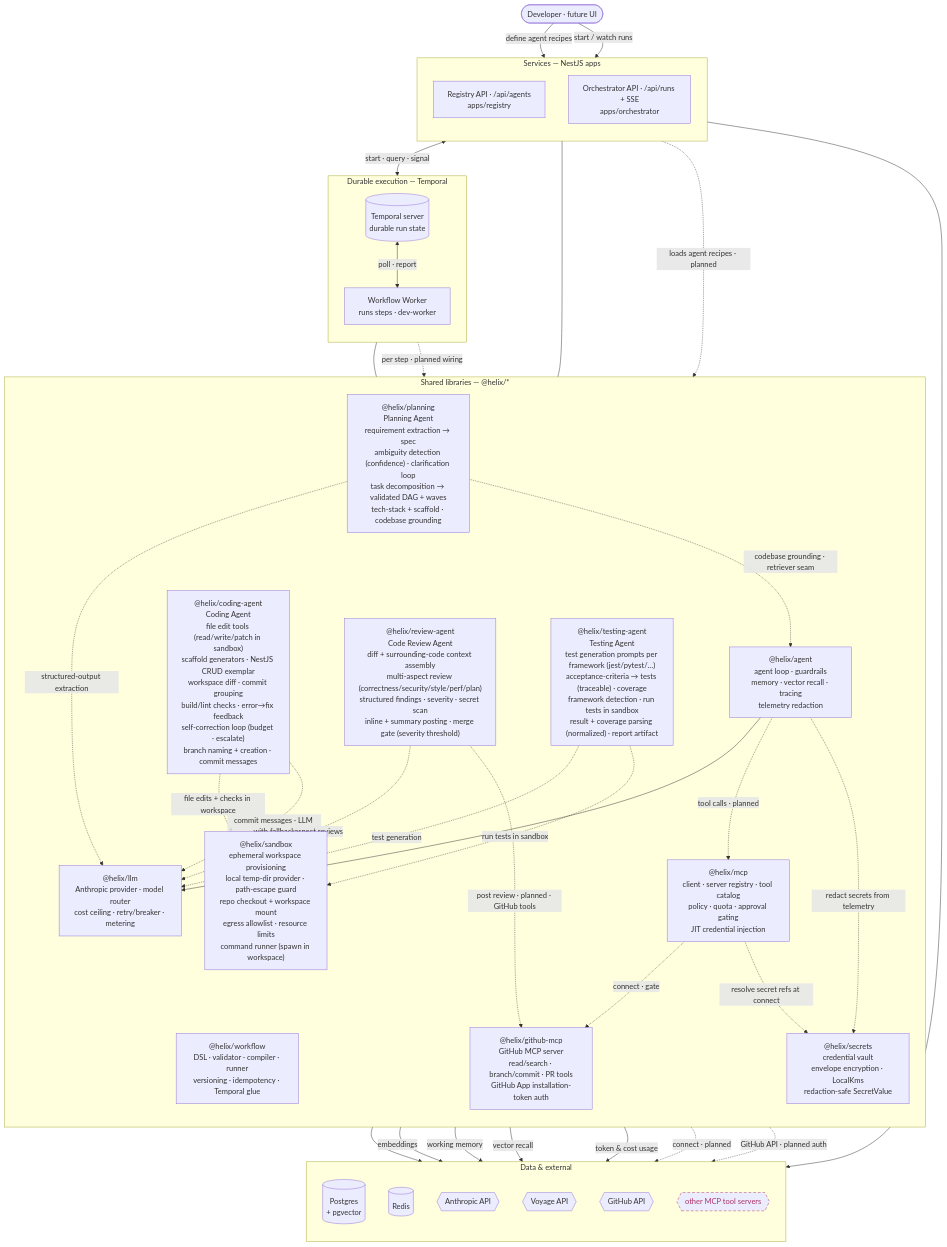
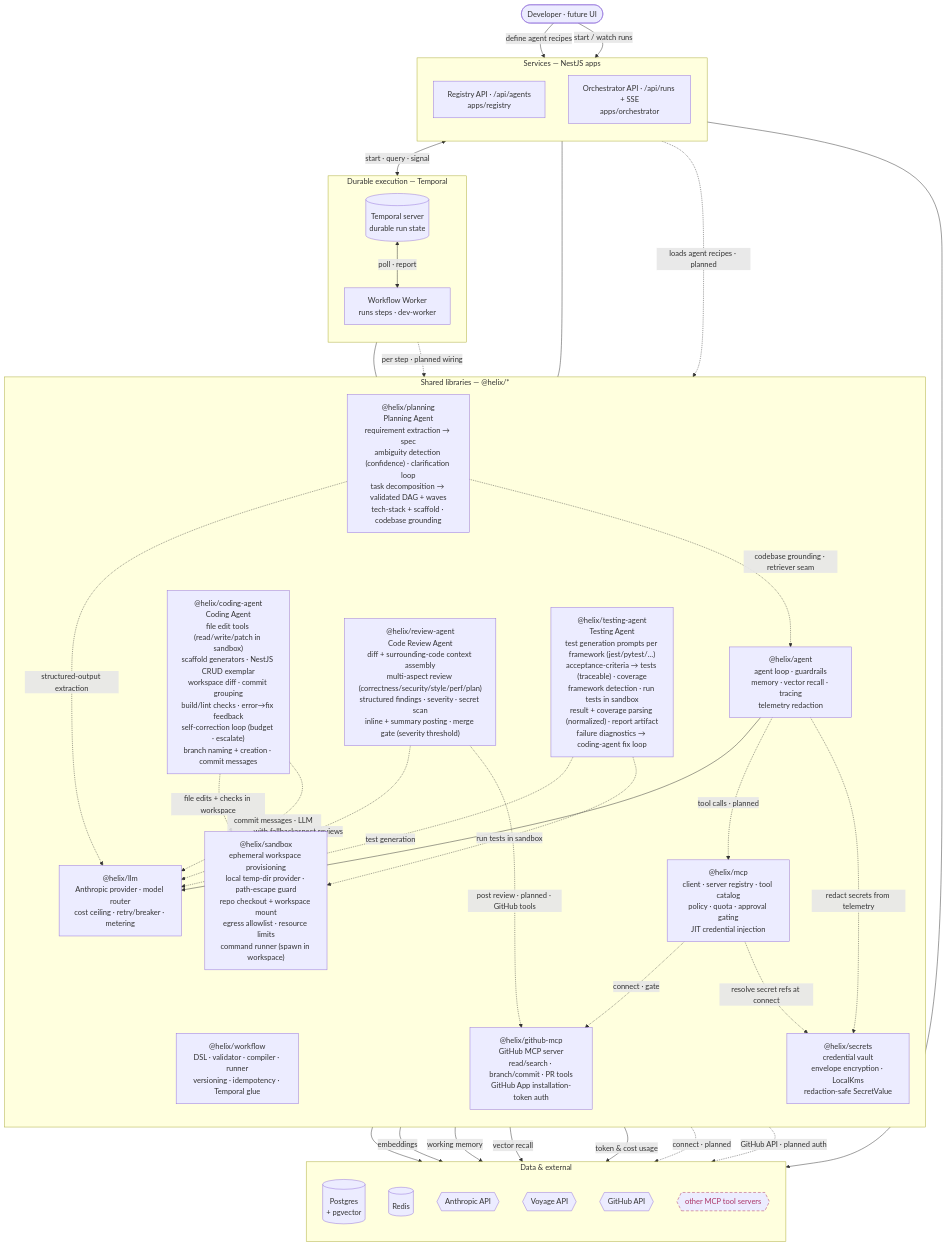
One commit to shhashhank/helix changed the first of 2 diagrams in docs/ARCHITECTURE.md. Above: the diagram before and after it, drawn with Mermaid. The commit also changed 4 other files, not shown here.

First line of the commit message:
HELIX-122: failure diagnostics packaging (#86)

````diff
--- a/docs/ARCHITECTURE.md
+++ b/docs/ARCHITECTURE.md
@@ -16,74 +16,74 @@
 ```mermaid
 flowchart TB
   user([Developer · future UI])
 
   subgraph svc["Services — NestJS apps"]
     direction TB
     reg["Registry API · /api/agents<br/>apps/registry"]
     orc["Orchestrator API · /api/runs + SSE<br/>apps/orchestrator"]
   end
 
   subgraph dur["Durable execution — Temporal"]
     direction TB
     tmp[("Temporal server<br/>durable run state")]
     wkr["Workflow Worker<br/>runs steps · dev-worker"]
   end
 
   subgraph lib["Shared libraries — @helix/*"]
     direction TB
     wf["@helix/workflow<br/>DSL · validator · compiler · runner<br/>versioning · idempotency · Temporal glue"]
     ag["@helix/agent<br/>agent loop · guardrails<br/>memory · vector recall · tracing<br/>telemetry redaction"]
     lm["@helix/llm<br/>Anthropic provider · model router<br/>cost ceiling · retry/breaker · metering"]
     mc["@helix/mcp<br/>client · server registry · tool catalog<br/>policy · quota · approval gating<br/>JIT credential injection"]
     gh["@helix/github-mcp<br/>GitHub MCP server<br/>read/search · branch/commit · PR tools<br/>GitHub App installation-token auth"]
     sec["@helix/secrets<br/>credential vault<br/>envelope encryption · LocalKms<br/>redaction-safe SecretValue"]
     pl["@helix/planning<br/>Planning Agent<br/>requirement extraction → spec<br/>ambiguity detection (confidence) · clarification loop<br/>task decomposition → validated DAG + waves<br/>tech-stack + scaffold · codebase grounding"]
     sbx["@helix/sandbox<br/>ephemeral workspace provisioning<br/>local temp-dir provider · path-escape guard<br/>repo checkout + workspace mount<br/>egress allowlist · resource limits<br/>command runner (spawn in workspace)"]
     cag["@helix/coding-agent<br/>Coding Agent<br/>file edit tools (read/write/patch in sandbox)<br/>scaffold generators · NestJS CRUD exemplar<br/>workspace diff · commit grouping<br/>build/lint checks · error→fix feedback<br/>self-correction loop (budget · escalate)<br/>branch naming + creation · commit messages"]
     rev["@helix/review-agent<br/>Code Review Agent<br/>diff + surrounding-code context assembly<br/>multi-aspect review (correctness/security/style/perf/plan)<br/>structured findings · severity · secret scan<br/>inline + summary posting · merge gate (severity threshold)"]
-    tst["@helix/testing-agent<br/>Testing Agent<br/>test generation prompts per framework (jest/pytest/…)<br/>acceptance-criteria → tests (traceable) · coverage<br/>framework detection · run tests in sandbox<br/>result + coverage parsing (normalized) · report artifact"]
+    tst["@helix/testing-agent<br/>Testing Agent<br/>test generation prompts per framework (jest/pytest/…)<br/>acceptance-criteria → tests (traceable) · coverage<br/>framework detection · run tests in sandbox<br/>result + coverage parsing (normalized) · report artifact<br/>failure diagnostics → coding-agent fix loop"]
   end
 
   subgraph dat["Data & external"]
     direction TB
     pg[("Postgres<br/>+ pgvector")]
     rd[("Redis")]
     an{{Anthropic API}}
     vo{{Voyage API}}
     gha{{GitHub API}}
     ext{{other MCP tool servers}}
   end
 
   user -->|define agent recipes| reg
   user -->|start / watch runs| orc
   reg --> pg
   orc <-->|start · query · signal| tmp
   tmp <-->|poll · report| wkr
   wkr --- wf
   orc --- wf
   wkr -.->|per step · planned wiring| ag
   reg -.->|loads agent recipes · planned| ag
   ag --> lm
   ag -.->|tool calls · planned| mc
   lm --> an
   ag -->|embeddings| vo
   ag -->|working memory| rd
   ag -->|vector recall| pg
   lm -->|token & cost usage| pg
   mc -.->|connect · gate| gh
   mc -.->|connect · planned| ext
   mc -.->|resolve secret refs at connect| sec
   ag -.->|redact secrets from telemetry| sec
   pl -.->|structured-output extraction| lm
   pl -.->|codebase grounding · retriever seam| ag
   cag -.->|file edits + checks in workspace| sbx
   cag -.->|commit messages · LLM with fallback| lm
   rev -.->|aspect reviews| lm
   tst -.->|test generation| lm
   tst -.->|run tests in sandbox| sbx
   rev -.->|post review · planned · GitHub tools| gh
   gh -.->|GitHub API · planned auth| gha
 
   classDef planned stroke-dasharray:6 4,stroke:#a36,color:#a36;
   class ext planned;
 ```
````
